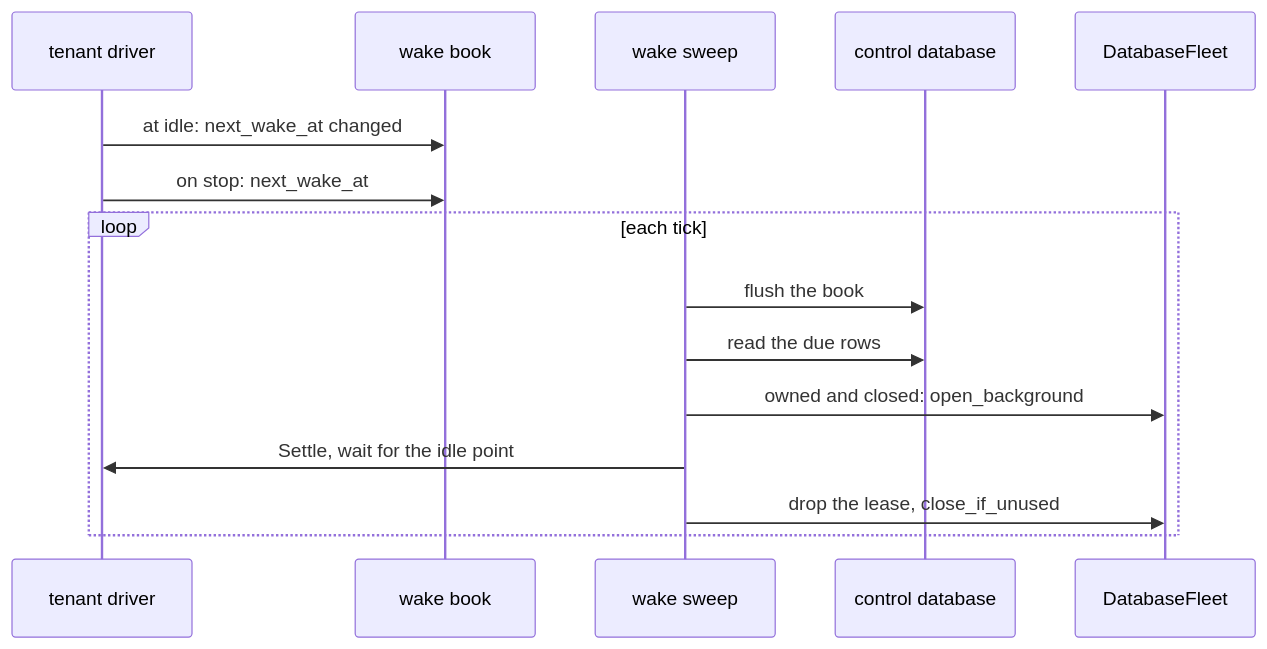
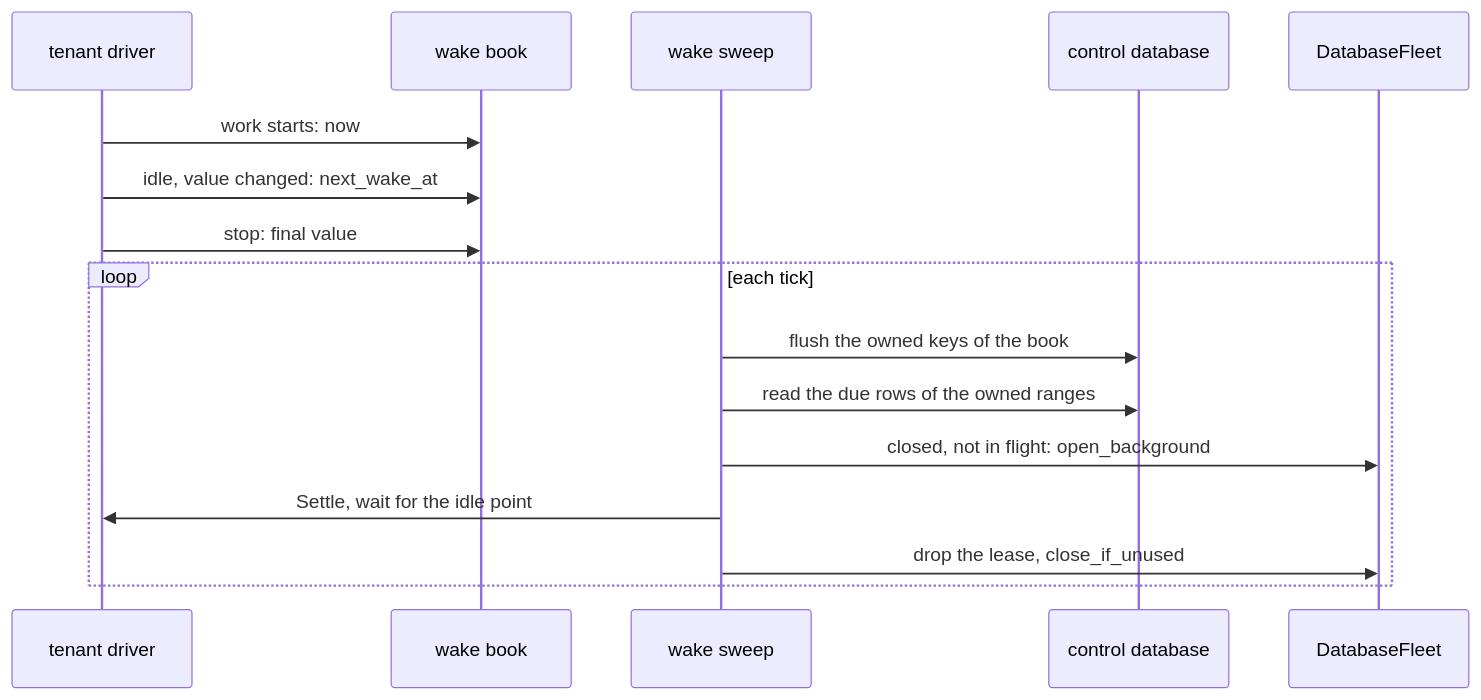
The diagram in docs/design/DESIGN-2650.md (autumn-foundation/autumn-harvest), drawn with Mermaid before and after one commit. The commit also changed other lines of this file and 11 other files, not shown here.

````diff
--- a/docs/design/DESIGN-2650.md
+++ b/docs/design/DESIGN-2650.md
@@ -87,17 +93,18 @@
 ```mermaid
 sequenceDiagram
     participant D as tenant driver
     participant B as wake book
     participant S as wake sweep
     participant C as control database
     participant F as DatabaseFleet
-    D->>B: at idle: next_wake_at changed
-    D->>B: on stop: next_wake_at
+    D->>B: work starts: now
+    D->>B: idle, value changed: next_wake_at
+    D->>B: stop: final value
     loop each tick
-        S->>C: flush the book
-        S->>C: read the due rows
-        S->>F: owned and closed: open_background
+        S->>C: flush the owned keys of the book
+        S->>C: read the due rows of the owned ranges
+        S->>F: closed, not in flight: open_background
         S->>D: Settle, wait for the idle point
         S->>F: drop the lease, close_if_unused
     end
 ```
````
